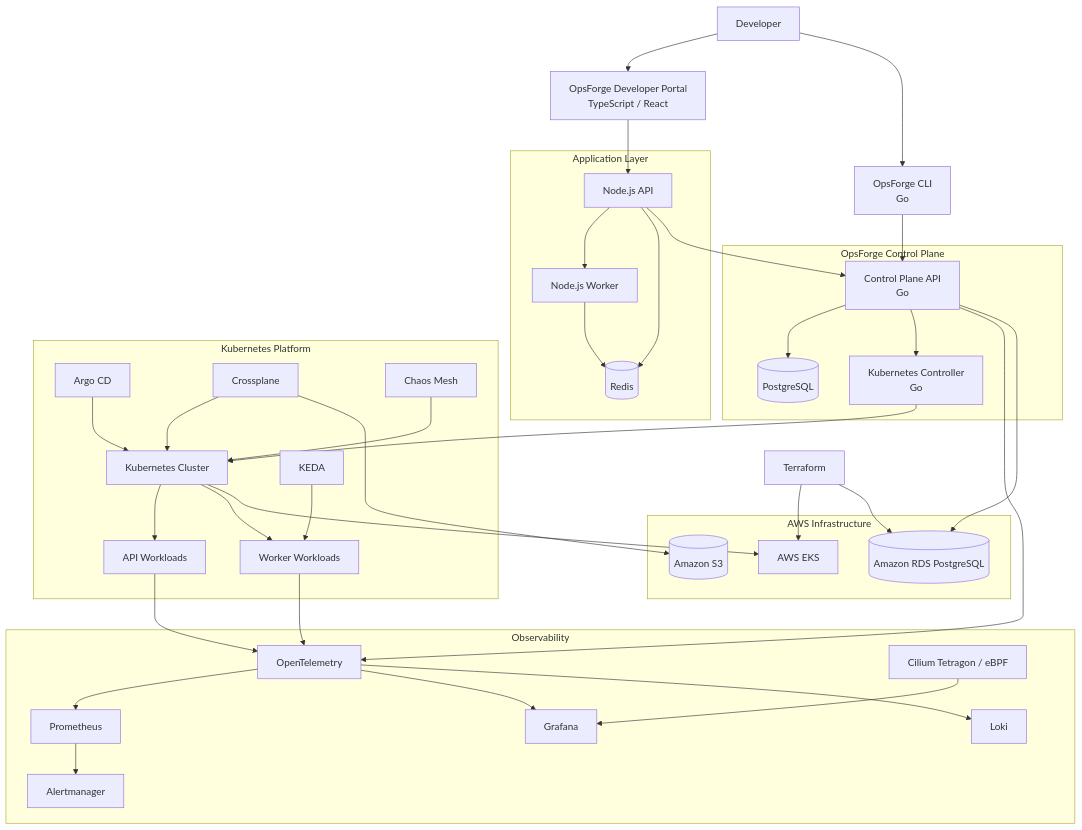
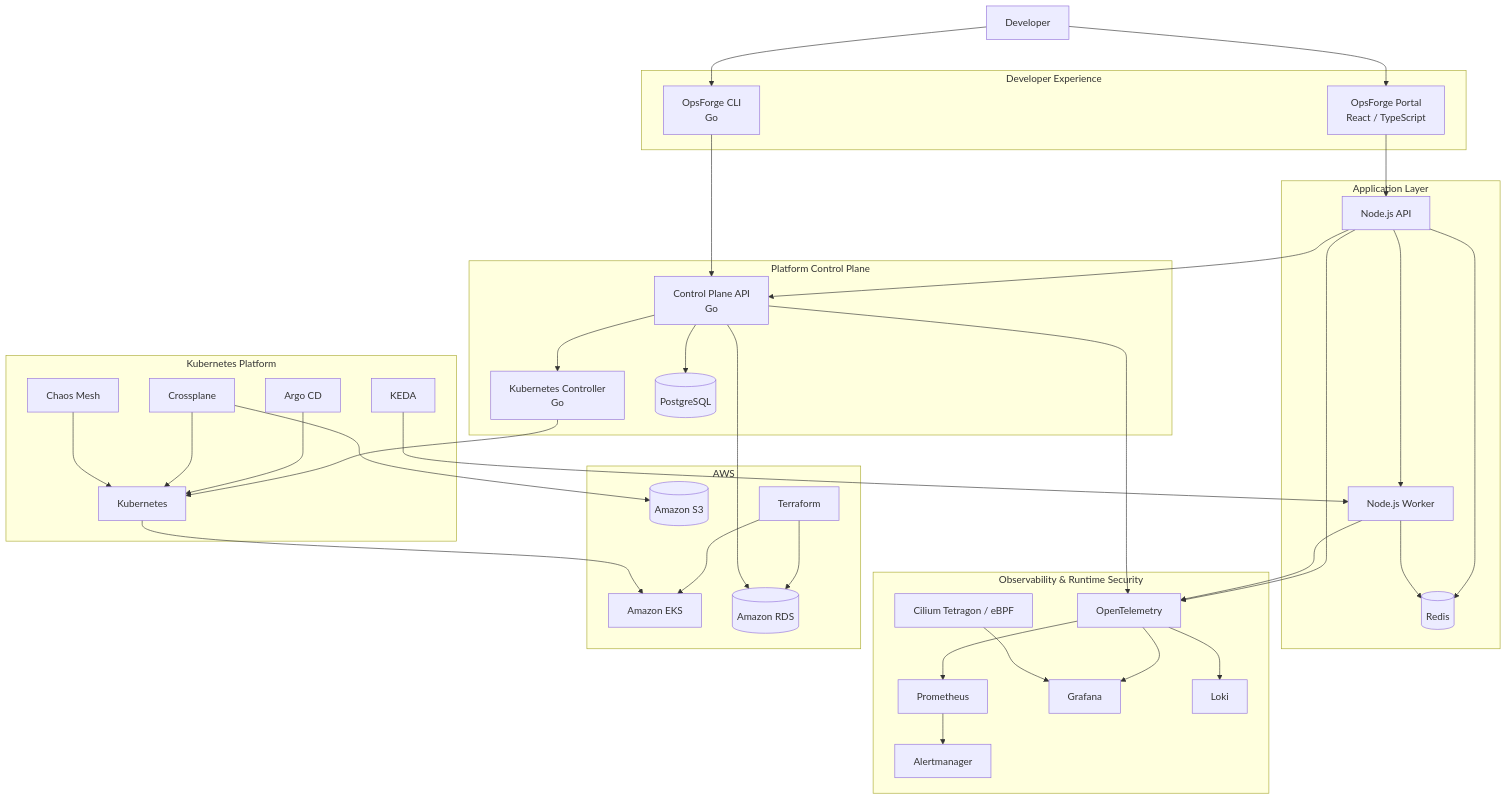
One commit to kunal-1207/OpsForge changed the diagram in README.md. Above: the diagram before and after it, drawn with Mermaid. The commit also changed other lines of this file, not shown here.

````diff
--- a/README.md
+++ b/README.md
@@ -67,83 +84,80 @@
 ```mermaid
 flowchart TB
 
-    Developer["Developer"]
-    Portal["OpsForge Developer Portal<br/>TypeScript / React"]
-    CLI["OpsForge CLI<br/>Go"]
+    D["Developer"]
 
-    Developer --> Portal
-    Developer --> CLI
+    subgraph DX["Developer Experience"]
+        UI["OpsForge Portal<br/>React / TypeScript"]
+        CLI["OpsForge CLI<br/>Go"]
+    end
+
+    D --> UI
+    D --> CLI
 
     subgraph APP["Application Layer"]
-        NodeAPI["Node.js API"]
-        Worker["Node.js Worker"]
-        Redis[("Redis")]
+        API["Node.js API"]
+        WORKER["Node.js Worker"]
+        REDIS[("Redis")]
     end
 
-    Portal --> NodeAPI
-    NodeAPI --> Worker
-    NodeAPI --> Redis
-    Worker --> Redis
+    UI --> API
+    API --> WORKER
+    API --> REDIS
+    WORKER --> REDIS
 
-    subgraph CONTROL["OpsForge Control Plane"]
-        GoAPI["Control Plane API<br/>Go"]
-        Controller["Kubernetes Controller<br/>Go"]
-        PostgreSQL[("PostgreSQL")]
+    subgraph CP["Platform Control Plane"]
+        CONTROL["Control Plane API<br/>Go"]
+        CTRL["Kubernetes Controller<br/>Go"]
+        DB[("PostgreSQL")]
     end
 
-    NodeAPI --> GoAPI
-    CLI --> GoAPI
-    GoAPI --> PostgreSQL
-    GoAPI --> Controller
+    CLI --> CONTROL
+    API --> CONTROL
+    CONTROL --> DB
+    CONTROL --> CTRL
 
     subgraph K8S["Kubernetes Platform"]
-        Kubernetes["Kubernetes Cluster"]
-        K8sAPI["API Workloads"]
-        K8sWorker["Worker Workloads"]
+        KUBE["Kubernetes"]
         KEDA["KEDA"]
-        ArgoCD["Argo CD"]
-        Crossplane["Crossplane"]
-        ChaosMesh["Chaos Mesh"]
+        ARGO["Argo CD"]
+        CROSS["Crossplane"]
+        CHAOS["Chaos Mesh"]
     end
 
-    Controller --> Kubernetes
-    Kubernetes --> K8sAPI
-    Kubernetes --> K8sWorker
-    KEDA --> K8sWorker
-    ArgoCD --> Kubernetes
-    Crossplane --> Kubernetes
-    ChaosMesh --> Kubernetes
+    CTRL --> KUBE
+    ARGO --> KUBE
+    CROSS --> KUBE
+    CHAOS --> KUBE
+    KEDA --> WORKER
 
-    subgraph OBS["Observability"]
-        OTel["OpenTelemetry"]
-        Prometheus["Prometheus"]
-        Grafana["Grafana"]
-        Loki["Loki"]
-        Alertmanager["Alertmanager"]
-        Tetragon["Cilium Tetragon / eBPF"]
+    subgraph OBS["Observability & Runtime Security"]
+        OTEL["OpenTelemetry"]
+        PROM["Prometheus"]
+        GRAF["Grafana"]
+        LOKI["Loki"]
+        ALERT["Alertmanager"]
+        TETRA["Cilium Tetragon / eBPF"]
     end
 
-    K8sAPI --> OTel
-    K8sWorker --> OTel
-    GoAPI --> OTel
+    API --> OTEL
+    WORKER --> OTEL
+    CONTROL --> OTEL
+    OTEL --> PROM
+    OTEL --> GRAF
+    OTEL --> LOKI
+    PROM --> ALERT
+    TETRA --> GRAF
 
-    OTel --> Prometheus
-    OTel --> Grafana
-    OTel --> Loki
-    Prometheus --> Alertmanager
-    Tetragon --> Grafana
-
-    subgraph AWS["AWS Infrastructure"]
-        EKS["AWS EKS"]
-        RDS[("Amazon RDS PostgreSQL")]
+    subgraph AWS["AWS"]
+        EKS["Amazon EKS"]
+        RDS[("Amazon RDS")]
         S3[("Amazon S3")]
+        TF["Terraform"]
     end
 
-    Terraform["Terraform"]
-
-    Terraform --> EKS
-    Terraform --> RDS
-    Crossplane --> S3
-    Kubernetes --> EKS
-    GoAPI --> RDS
+    TF --> EKS
+    TF --> RDS
+    KUBE --> EKS
+    CONTROL --> RDS
+    CROSS --> S3
 ```
````
